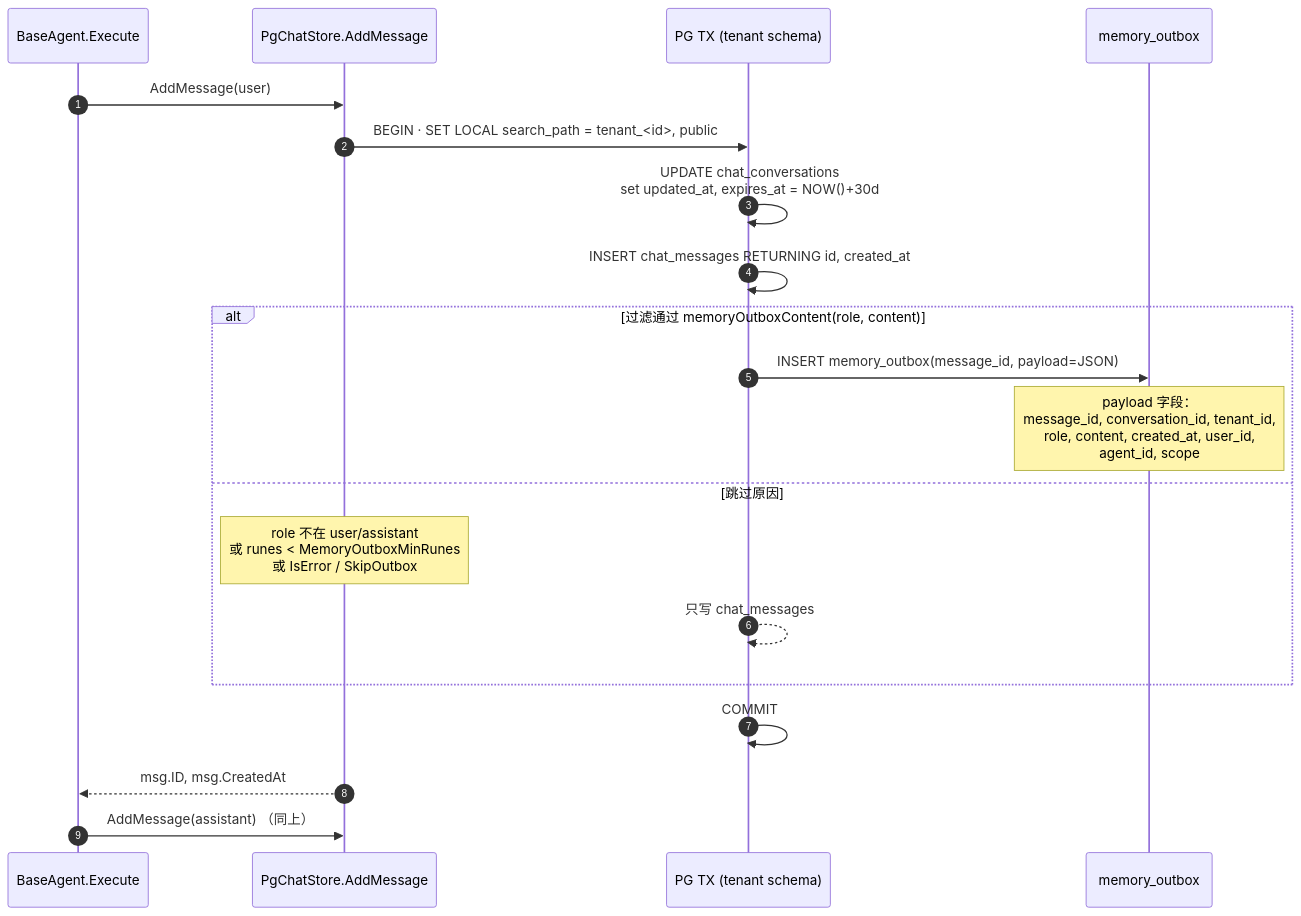
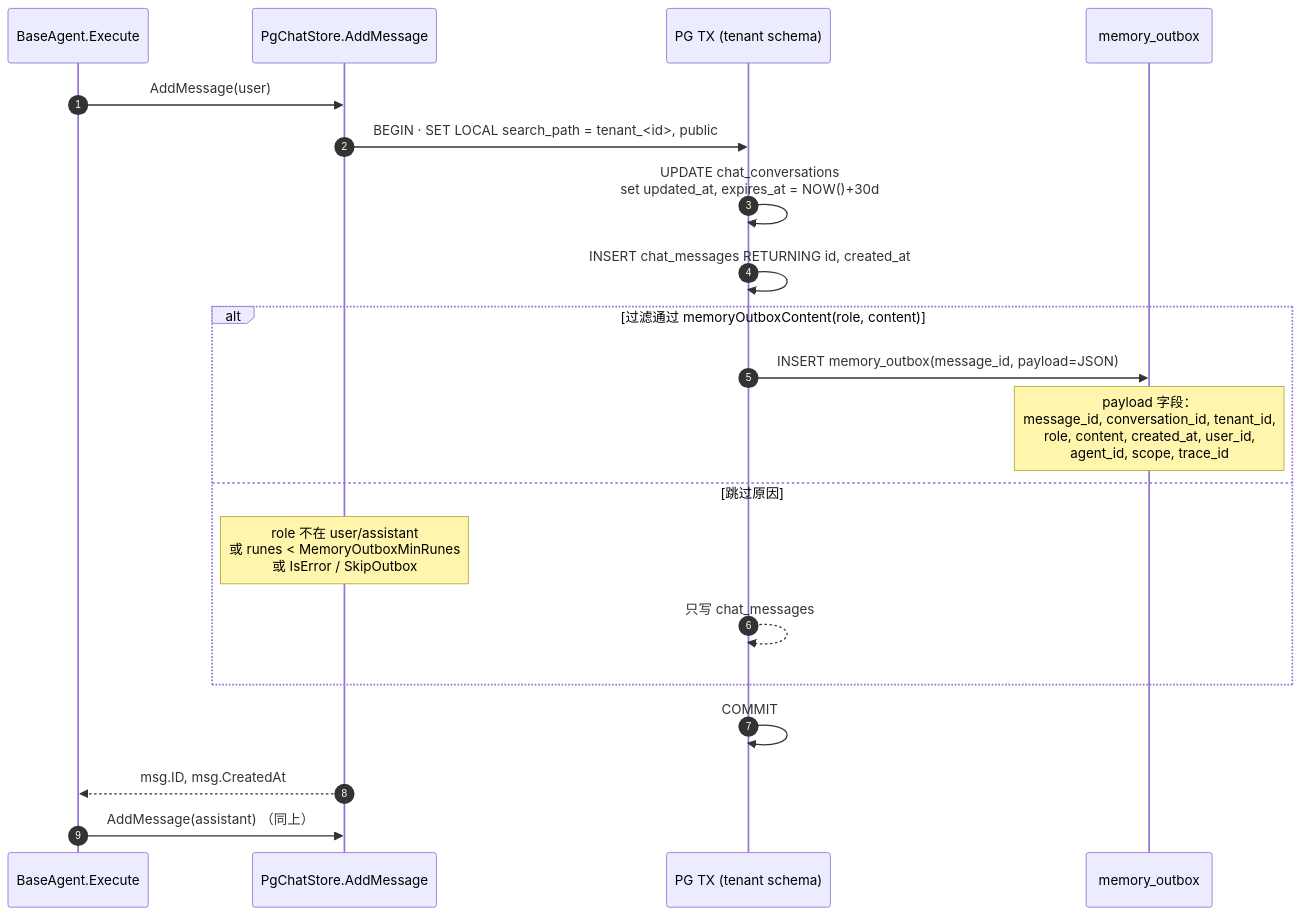
One commit to ArchChuan/Stratum changed diagram 12 of 23 in docs/agent/agent-chat-flow.md. Above: the diagram before and after it, drawn with Mermaid. The commit also changed other lines of this file and 20 other files, not shown here.

````diff
--- a/docs/agent/agent-chat-flow.md
+++ b/docs/agent/agent-chat-flow.md
@@ -553,23 +553,23 @@
 ```mermaid
 sequenceDiagram
     autonumber
     participant Base as BaseAgent.Execute
     participant CS as PgChatStore.AddMessage
     participant TX as PG TX (tenant schema)
     participant OB as memory_outbox
 
     Base->>CS: AddMessage(user)
     CS->>TX: BEGIN · SET LOCAL search_path = tenant_<id>, public
     TX->>TX: UPDATE chat_conversations<br/>set updated_at, expires_at = NOW()+30d
     TX->>TX: INSERT chat_messages RETURNING id, created_at
     alt 过滤通过 memoryOutboxContent(role, content)
         TX->>OB: INSERT memory_outbox(message_id, payload=JSON)
-        Note over OB: payload 字段：<br/>message_id, conversation_id, tenant_id,<br/>role, content, created_at, user_id,<br/>agent_id, scope
+        Note over OB: payload 字段：<br/>message_id, conversation_id, tenant_id,<br/>role, content, created_at, user_id,<br/>agent_id, scope, trace_id
     else 跳过原因
         Note over CS: role 不在 user/assistant<br/>或 runes < MemoryOutboxMinRunes<br/>或 IsError / SkipOutbox
         TX-->>TX: 只写 chat_messages
     end
     TX->>TX: COMMIT
     CS-->>Base: msg.ID, msg.CreatedAt
     Base->>CS: AddMessage(assistant) （同上）
 ```
````
